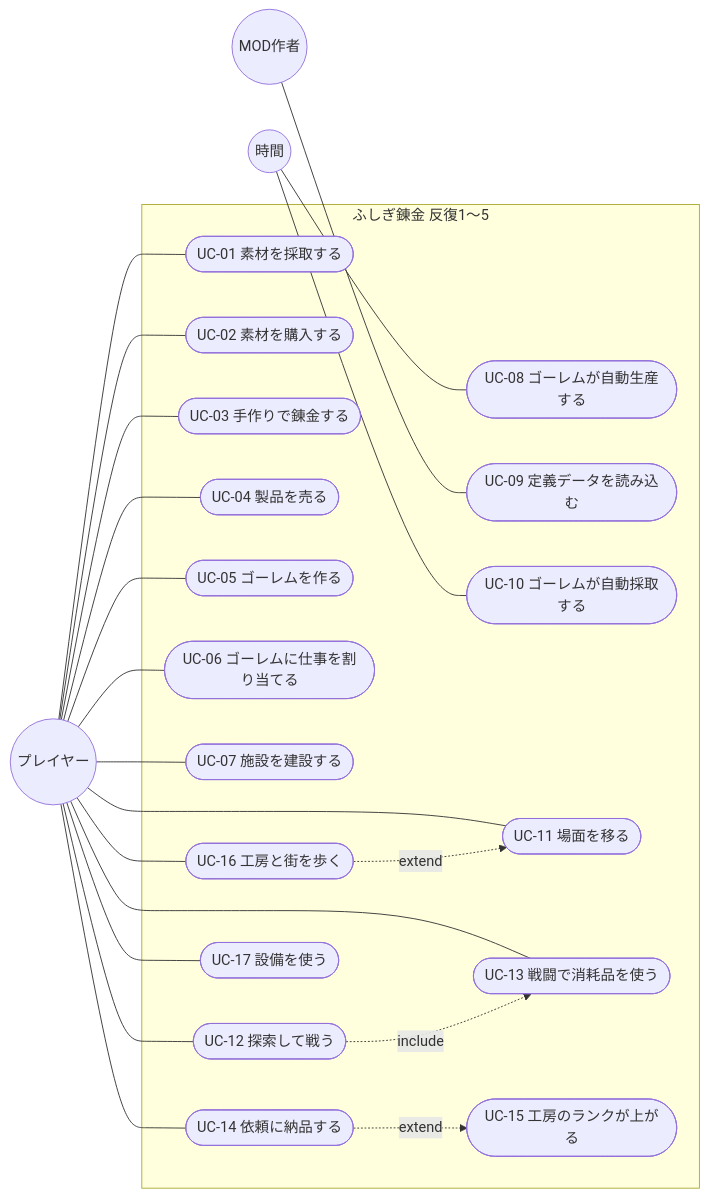
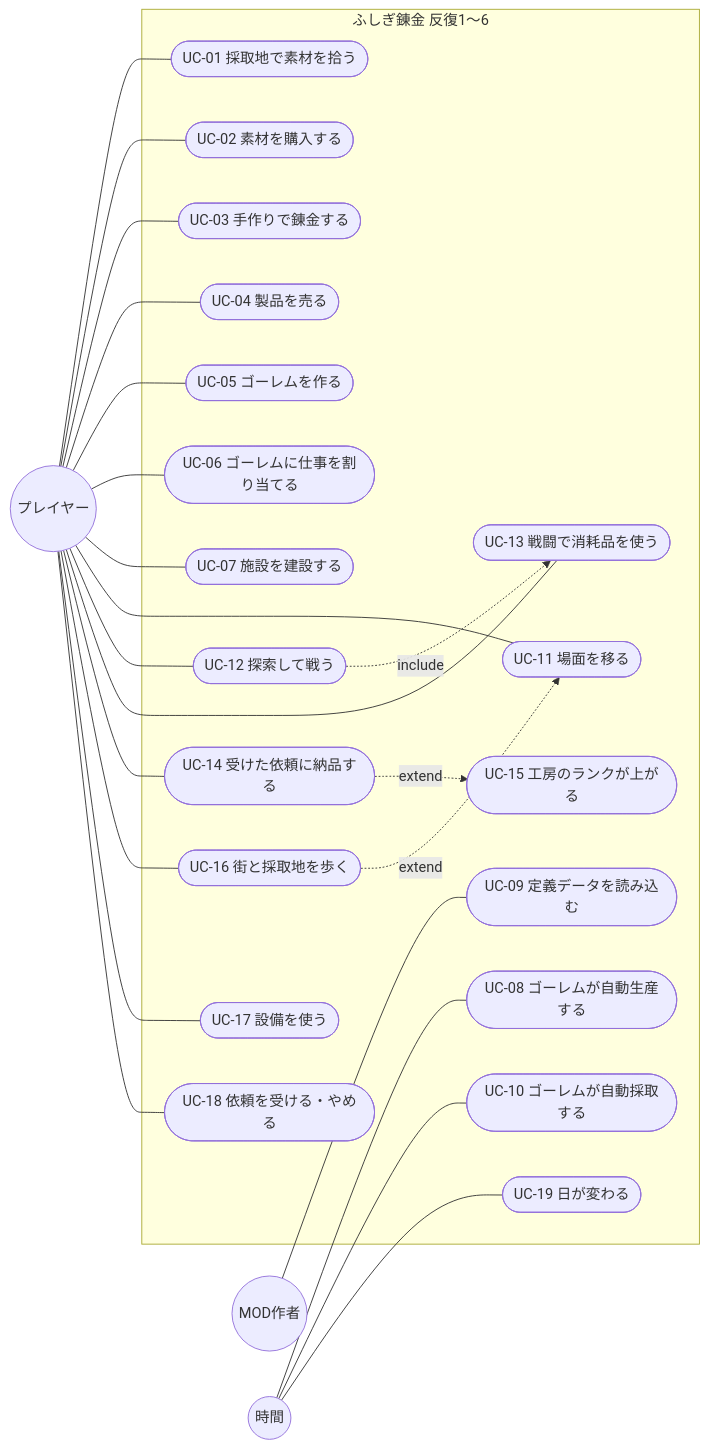
The diagram in docs/02_requirements/use-cases.md (sakana396/fushigi_renkin), drawn with Mermaid before and after one commit. The commit also changed other lines of this file, not shown here.

````diff
--- a/docs/02_requirements/use-cases.md
+++ b/docs/02_requirements/use-cases.md
@@ -19,44 +19,48 @@
 ```mermaid
 flowchart LR
   P((プレイヤー))
   M((MOD作者))
   T((時間))
-  subgraph ふしぎ錬金[ふしぎ錬金 反復1〜5]
-    UC01([UC-01 素材を採取する])
+  subgraph ふしぎ錬金[ふしぎ錬金 反復1〜6]
+    UC01([UC-01 採取地で素材を拾う])
     UC02([UC-02 素材を購入する])
     UC03([UC-03 手作りで錬金する])
     UC04([UC-04 製品を売る])
     UC05([UC-05 ゴーレムを作る])
     UC06([UC-06 ゴーレムに仕事を割り当てる])
     UC07([UC-07 施設を建設する])
     UC08([UC-08 ゴーレムが自動生産する])
     UC09([UC-09 定義データを読み込む])
     UC10([UC-10 ゴーレムが自動採取する])
     UC11([UC-11 場面を移る])
     UC12([UC-12 探索して戦う])
     UC13([UC-13 戦闘で消耗品を使う])
-    UC14([UC-14 依頼に納品する])
+    UC14([UC-14 受けた依頼に納品する])
     UC15([UC-15 工房のランクが上がる])
-    UC16([UC-16 工房と街を歩く])
+    UC16([UC-16 街と採取地を歩く])
     UC17([UC-17 設備を使う])
+    UC18([UC-18 依頼を受ける・やめる])
+    UC19([UC-19 日が変わる])
   end
   P --- UC01
   P --- UC02
   P --- UC03
   P --- UC04
   P --- UC05
   P --- UC06
   P --- UC07
   T --- UC08
   T --- UC10
   P --- UC11
   P --- UC12
   P --- UC13
   P --- UC14
   UC12 -. include .-> UC13
   UC14 -. extend .-> UC15
   P --- UC16
   P --- UC17
   UC16 -. extend .-> UC11
+  P --- UC18
+  T --- UC19
   M --- UC09
 ```
````
